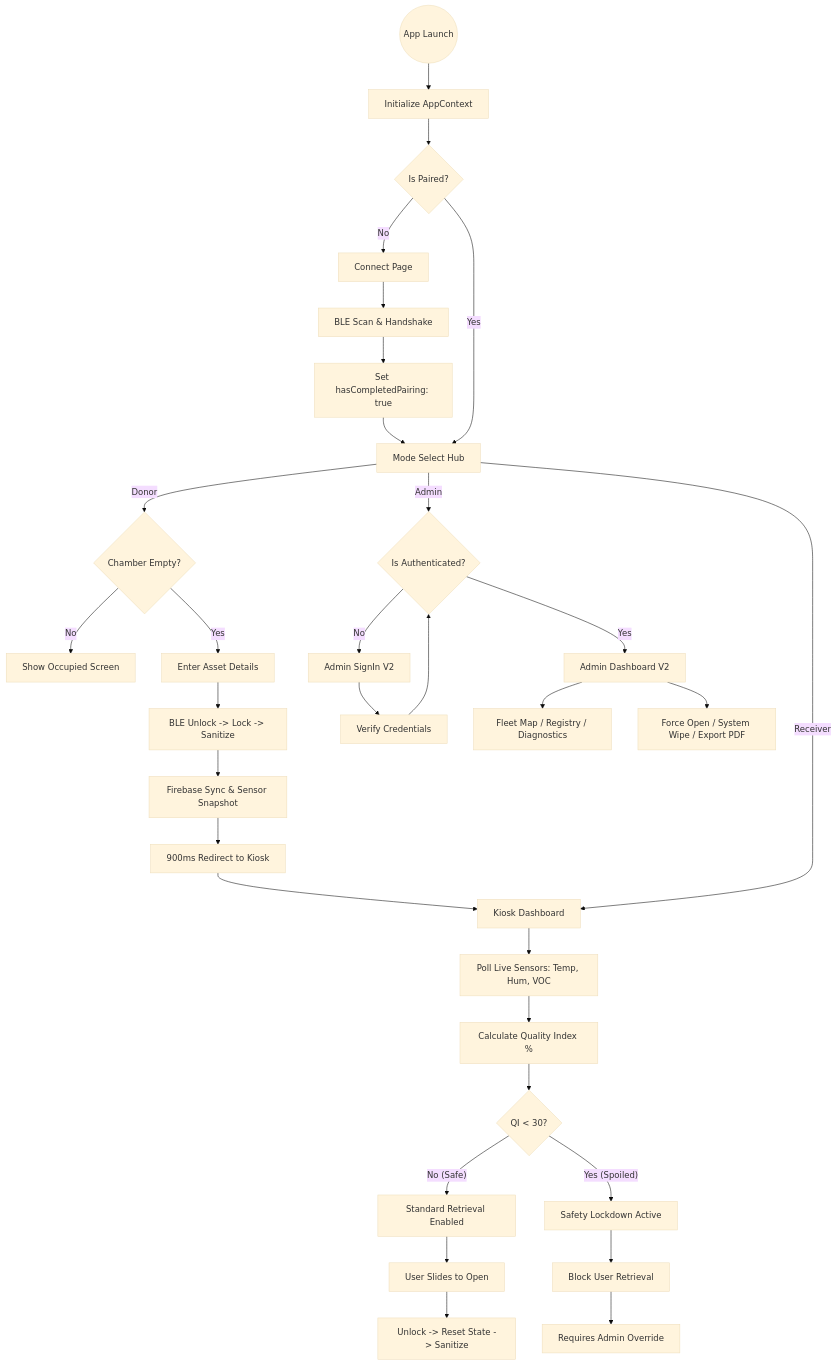
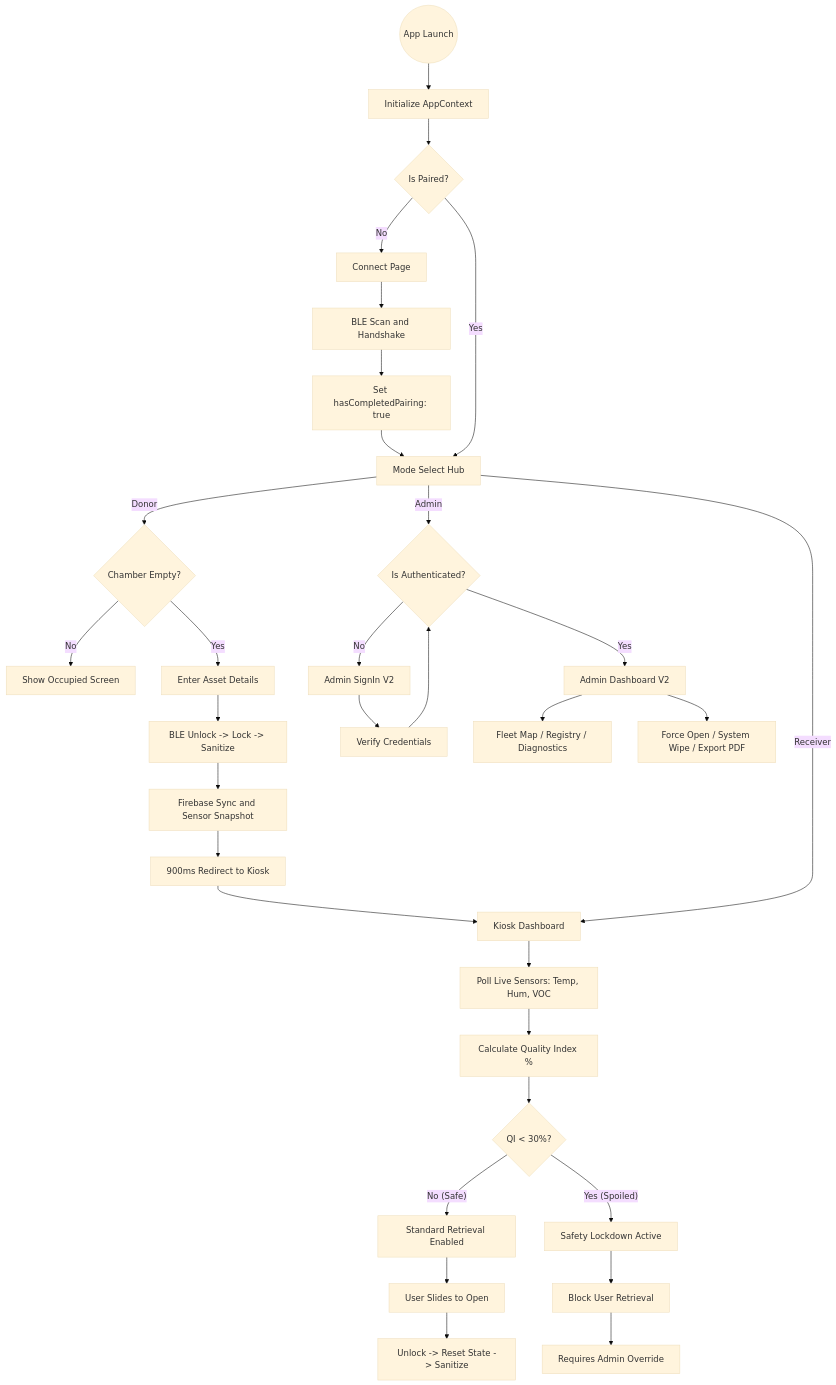
Before and after one commit to TamboliSara/ASEP2-PWA-2.0: the diagram in Front Flow.md, drawn with Mermaid (base theme). The commit also changed 5 other files, not shown here.

Commit message:
fix(docs): quote all mermaid labels and sanitize syntax for GitHub markdown renderer

````diff
--- a/Front Flow.md
+++ b/Front Flow.md
@@ -61,47 +61,47 @@
 ```mermaid
 graph TD
     %% Phase 1: Boot & Guard
     Start((App Launch)) --> Init[Initialize AppContext]
     Init --> CheckPairing{Is Paired?}
     
     CheckPairing -- No --> Connect[Connect Page]
-    Connect --> BLEScan[BLE Scan & Handshake]
+    Connect --> BLEScan["BLE Scan and Handshake"]
     BLEScan --> PairSuccess[Set hasCompletedPairing: true]
     PairSuccess --> Hub
     
     CheckPairing -- Yes --> Hub[Mode Select Hub]
     
     %% Phase 2: Donor Path
     Hub -- "Donor" --> DonorCheck{Chamber Empty?}
     DonorCheck -- No --> Occupied[Show Occupied Screen]
     DonorCheck -- Yes --> DepositForm[Enter Asset Details]
-    DepositForm --> hardwareCmd[BLE Unlock -> Lock -> Sanitize]
-    hardwareCmd --> CloudSync[Firebase Sync & Sensor Snapshot]
+    DepositForm --> hardwareCmd["BLE Unlock -> Lock -> Sanitize"]
+    hardwareCmd --> CloudSync["Firebase Sync and Sensor Snapshot"]
     CloudSync --> AutoNav[900ms Redirect to Kiosk]
     AutoNav --> Kiosk
     
     %% Phase 3: Intelligence Path (Kiosk)
     Hub -- "Receiver" --> Kiosk[Kiosk Dashboard]
     Kiosk --> LiveTele[Poll Live Sensors: Temp, Hum, VOC]
     LiveTele --> CalcQI[Calculate Quality Index %]
     
-    CalcQI --> QualityGuard{QI < 30?}
+    CalcQI --> QualityGuard{"QI < 30%?"}
     
     QualityGuard -- No (Safe) --> StdRetrieve[Standard Retrieval Enabled]
     StdRetrieve --> SlideAction[User Slides to Open]
-    SlideAction --> CycleEnd[Unlock -> Reset State -> Sanitize]
+    SlideAction --> CycleEnd["Unlock -> Reset State -> Sanitize"]
     
     QualityGuard -- Yes (Spoiled) --> Lockdown[Safety Lockdown Active]
     Lockdown --> RestrictedUI[Block User Retrieval]
     RestrictedUI --> AdminReq[Requires Admin Override]
     
     %% Phase 4: Command Path (Admin)
     Hub -- "Admin" --> AdminAuth{Is Authenticated?}
     AdminAuth -- No --> SignIn[Admin SignIn V2]
     SignIn --> Verify[Verify Credentials]
     Verify --> AdminAuth
     
     AdminAuth -- Yes --> AdminDash[Admin Dashboard V2]
-    AdminDash --> FleetOps[Fleet Map / Registry / Diagnostics]
-    AdminDash --> ForceAction[Force Open / System Wipe / Export PDF]
+    AdminDash --> FleetOps["Fleet Map / Registry / Diagnostics"]
+    AdminDash --> ForceAction["Force Open / System Wipe / Export PDF"]
 ```
````
